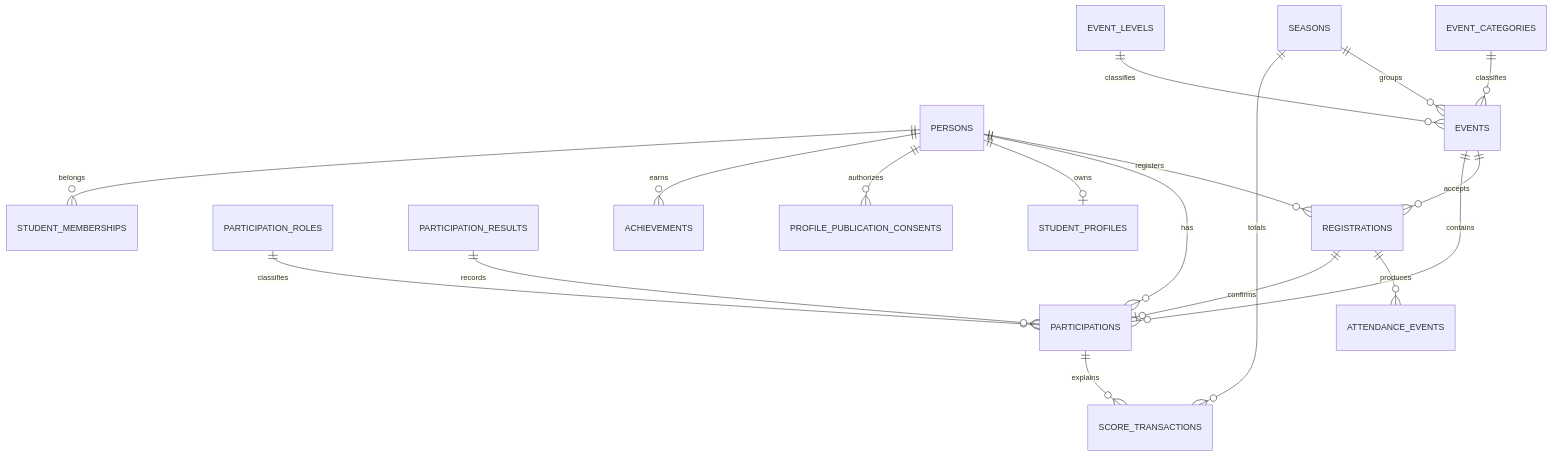
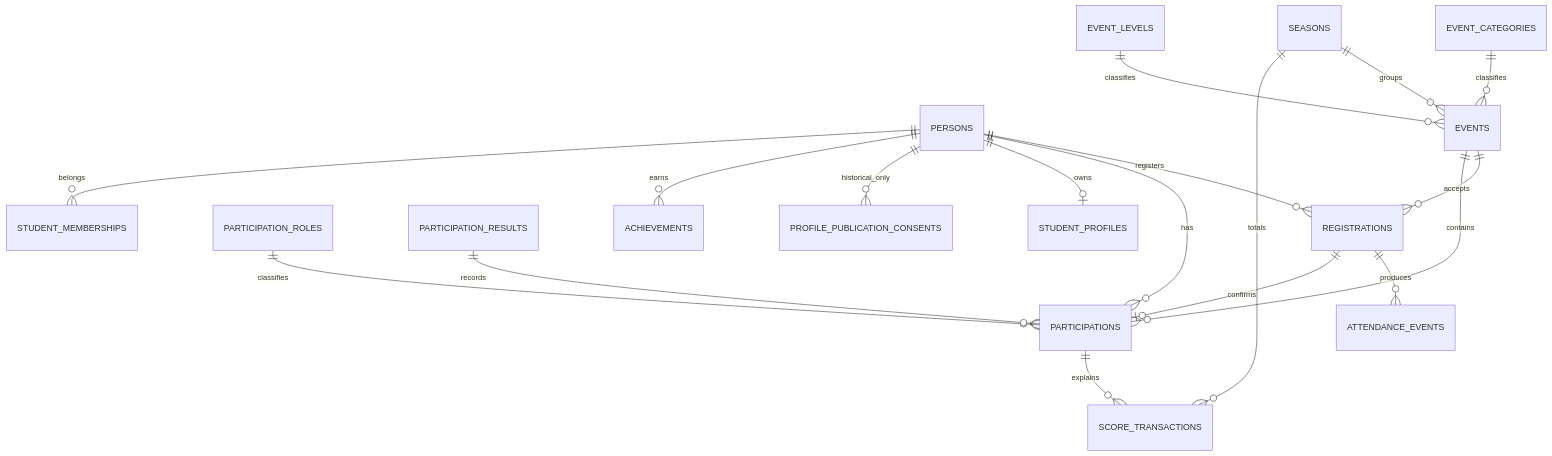
One commit to ddmikhailov/event-kait20 changed the diagram in docs/ACTIVE-INTEGRATION.md. Above: the diagram before and after it, drawn with Mermaid. The commit also changed other lines of this file and 23 other files, not shown here.

````diff
--- a/docs/ACTIVE-INTEGRATION.md
+++ b/docs/ACTIVE-INTEGRATION.md
@@ -18,20 +18,20 @@
 ```mermaid
 erDiagram
   PERSONS ||--o{ REGISTRATIONS : registers
   EVENTS ||--o{ REGISTRATIONS : accepts
   REGISTRATIONS ||--o{ ATTENDANCE_EVENTS : produces
   PERSONS ||--o{ PARTICIPATIONS : has
   EVENTS ||--o{ PARTICIPATIONS : contains
   REGISTRATIONS ||--o| PARTICIPATIONS : confirms
   PARTICIPATION_ROLES ||--o{ PARTICIPATIONS : classifies
   PARTICIPATION_RESULTS ||--o{ PARTICIPATIONS : records
   SEASONS ||--o{ EVENTS : groups
   EVENT_CATEGORIES ||--o{ EVENTS : classifies
   EVENT_LEVELS ||--o{ EVENTS : classifies
   PARTICIPATIONS ||--o{ SCORE_TRANSACTIONS : explains
   SEASONS ||--o{ SCORE_TRANSACTIONS : totals
   PERSONS ||--o| STUDENT_PROFILES : owns
-  PERSONS ||--o{ PROFILE_PUBLICATION_CONSENTS : authorizes
+  PERSONS ||--o{ PROFILE_PUBLICATION_CONSENTS : historical_only
   PERSONS ||--o{ ACHIEVEMENTS : earns
   PERSONS ||--o{ STUDENT_MEMBERSHIPS : belongs
 ```
````
